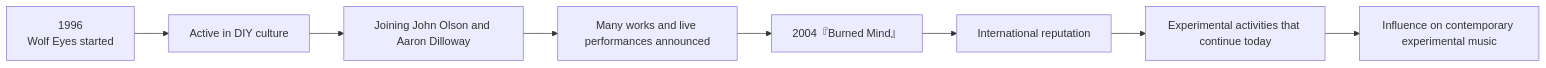
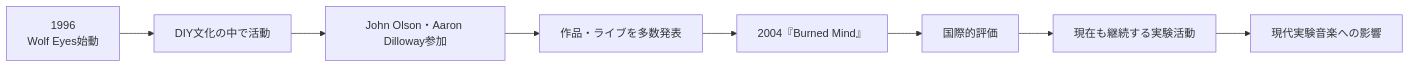
The sixth of 6 diagrams in en/_posts/2026-07-13-column-wolf-eyes.md (monumental-movement/monumental-movement.github.io), drawn with Mermaid before and after one commit. The commit also changed other lines of this file and 2196 other files, not shown here.

```diff
--- a/en/_posts/2026-07-13-column-wolf-eyes.md
+++ b/en/_posts/2026-07-13-column-wolf-eyes.md
@@ -1082,18 +1081,18 @@
 <div class="mermaid">
 flowchart LR
 
-A["1996<br/>Wolf Eyes started"]
--->B["Active in DIY culture"]
+A["1996<br/>Wolf Eyes始動"]
+-->B["DIY文化の中で活動"]
 
-B-->C["Joining John Olson and Aaron Dilloway"]
+B-->C["John Olson・Aaron Dilloway参加"]
 
-C-->D["Many works and live performances announced"]
+C-->D["作品・ライブを多数発表"]
 
 D-->E["2004『Burned Mind』"]
 
-E-->F["International reputation"]
+E-->F["国際的評価"]
 
-F-->G["Experimental activities that continue today"]
+F-->G["現在も継続する実験活動"]
 
-G-->H["Influence on contemporary experimental music"]
+G-->H["現代実験音楽への影響"]
 </div>
```
